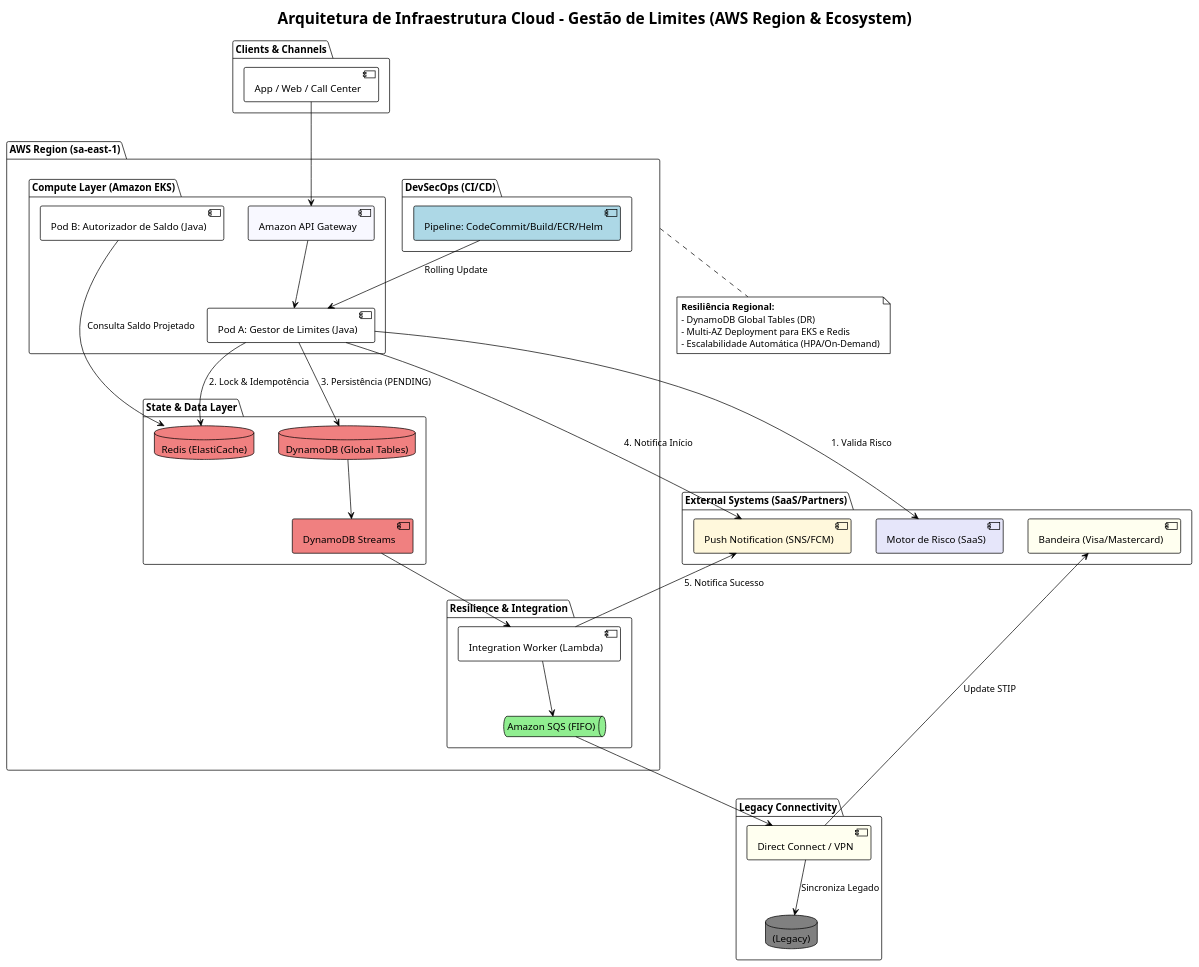
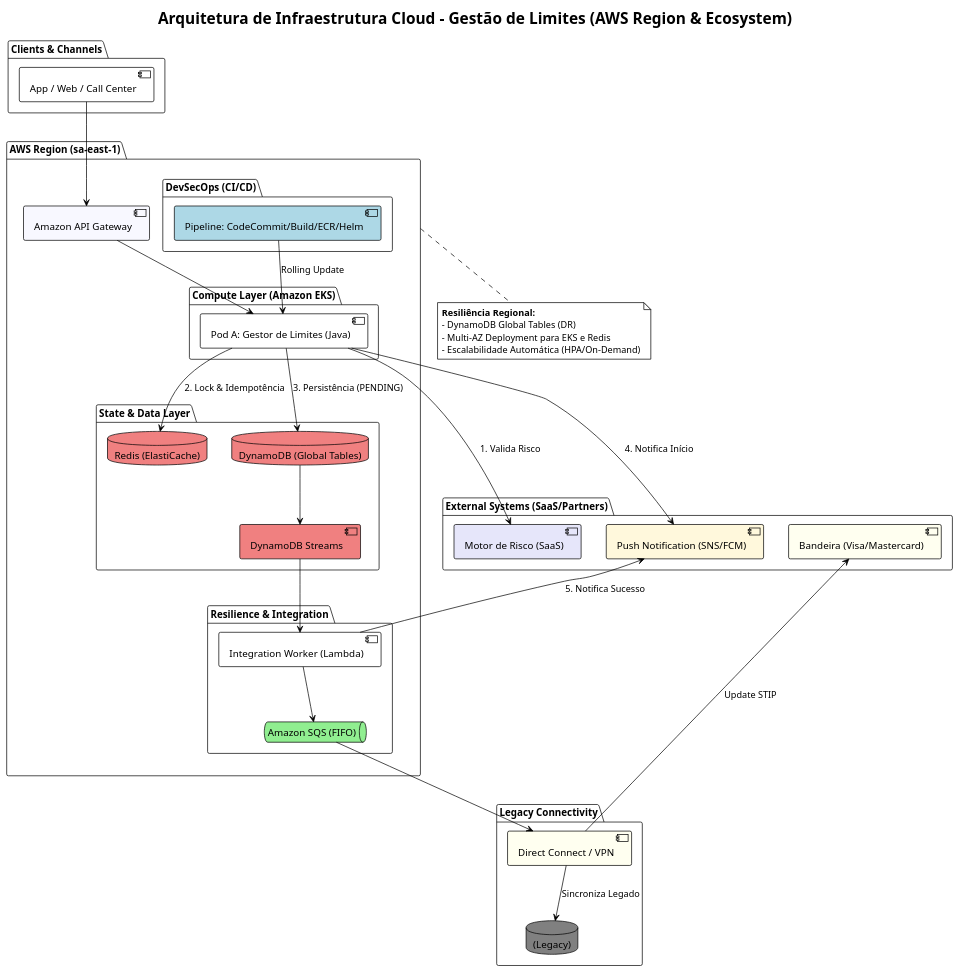
The diagram in diagramasPlantUml/diagrama infra.plantuml (fabriziorodrigues01/desenhoArquiteturaSolucao), drawn with PlantUML before and after one commit. The commit also changed 5 other files, not shown here.

```diff
--- a/diagramasPlantUml/diagrama infra.plantuml
+++ b/diagramasPlantUml/diagrama infra.plantuml
@@ -1,81 +1,79 @@
 @startuml
 !theme plain
 skinparam componentStyle uml2
 title Arquitetura de Infraestrutura Cloud - Gestão de Limites (AWS Region & Ecosystem)
 
 package "Clients & Channels" {
     [App / Web / Call Center] as channels #White
 }
 
 package "External Systems (SaaS/Partners)" {
     [Motor de Risco (SaaS)] as risk #Lavender
     [Push Notification (SNS/FCM)] as push #Cornsilk
     [Bandeira (Visa/Mastercard)] as card_brand #Ivory
 }
 
 package "AWS Region (sa-east-1)" {
 
     package "DevSecOps (CI/CD)" {
         [Pipeline: CodeCommit/Build/ECR/Helm] as pipeline #LightBlue
     }
+     [Amazon API Gateway] as apigw #GhostWhite
 
     package "Compute Layer (Amazon EKS)" {
-        [Amazon API Gateway] as apigw #GhostWhite
+       
         [Pod A: Gestor de Limites (Java)] as limit_svc #White
-        [Pod B: Autorizador de Saldo (Java)] as auth_svc #White
     }
 
     package "State & Data Layer" {
         database "Redis (ElastiCache)" as redis #LightCoral
         database "DynamoDB (Global Tables)" as dynamo #LightCoral
         [DynamoDB Streams] as streams #LightCoral
     }
 
     package "Resilience & Integration" {
         queue "Amazon SQS (FIFO)" as sqs #LightGreen
         [Integration Worker (Lambda)] as worker #White
     }
 }
 
 package "Legacy Connectivity" {
     [Direct Connect / VPN] as dx #Ivory
     database "(Legacy)" as mainframe #Grey
 }
 
 ' Fluxo CI/CD
 pipeline -down-> limit_svc : "Rolling Update"
 
 ' Fluxo Principal (Canais)
 channels -down-> apigw
 apigw -down-> limit_svc
 
 ' Validações Externas (Síncronas)
 limit_svc -right-> risk : "1. Valida Risco"
 limit_svc -left-> push : "4. Notifica Início"
 
 ' Lógica de Dados
 limit_svc -down-> redis : "2. Lock & Idempotência"
 limit_svc -down-> dynamo : "3. Persistência (PENDING)"
 
 ' Sincronismo Assíncrono
 dynamo -down-> streams
 streams -down-> worker
 worker -down-> sqs
 sqs -down-> dx
 
 ' Destinos Finais (Legado e Bandeira)
 dx -down-> mainframe : "Sincroniza Legado"
 dx -down-> card_brand : "Update STIP"
 worker -up-> push : "5. Notifica Sucesso"
 
-' Autorização
-auth_svc -up-> redis : "Consulta Saldo Projetado"
 
 note bottom of "AWS Region (sa-east-1)"
   **Resiliência Regional:**
   - DynamoDB Global Tables (DR)
   - Multi-AZ Deployment para EKS e Redis
   - Escalabilidade Automática (HPA/On-Demand)
 end note
 
 @enduml
```
